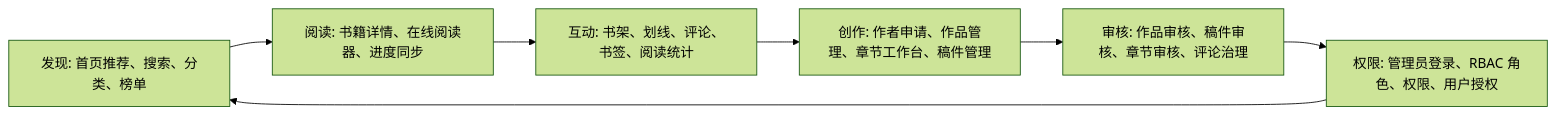
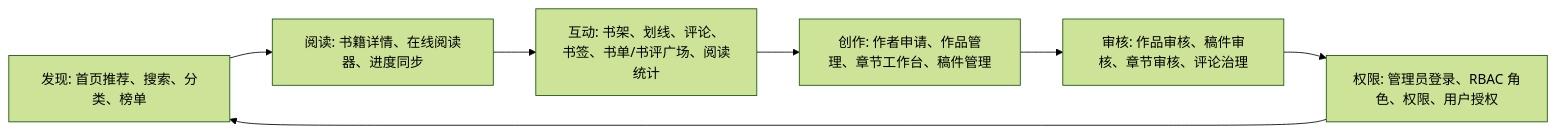
The diagram in docs/product-capability-map.md (DaYongYeYe/BookRecommendSystem), drawn with Mermaid (forest theme) before and after one commit. The commit also changed other lines of this file and 11 other files, not shown here.

````diff
--- a/docs/product-capability-map.md
+++ b/docs/product-capability-map.md
@@ -5,9 +5,9 @@
 ```mermaid
 flowchart LR
   A["发现: 首页推荐、搜索、分类、榜单"] --> B["阅读: 书籍详情、在线阅读器、进度同步"]
-  B --> C["互动: 书架、划线、评论、书签、阅读统计"]
+  B --> C["互动: 书架、划线、评论、书签、书单/书评广场、阅读统计"]
   C --> D["创作: 作者申请、作品管理、章节工作台、稿件管理"]
   D --> E["审核: 作品审核、稿件审核、章节审核、评论治理"]
   E --> F["权限: 管理员登录、RBAC 角色、权限、用户授权"]
   F --> A
 ```
````
